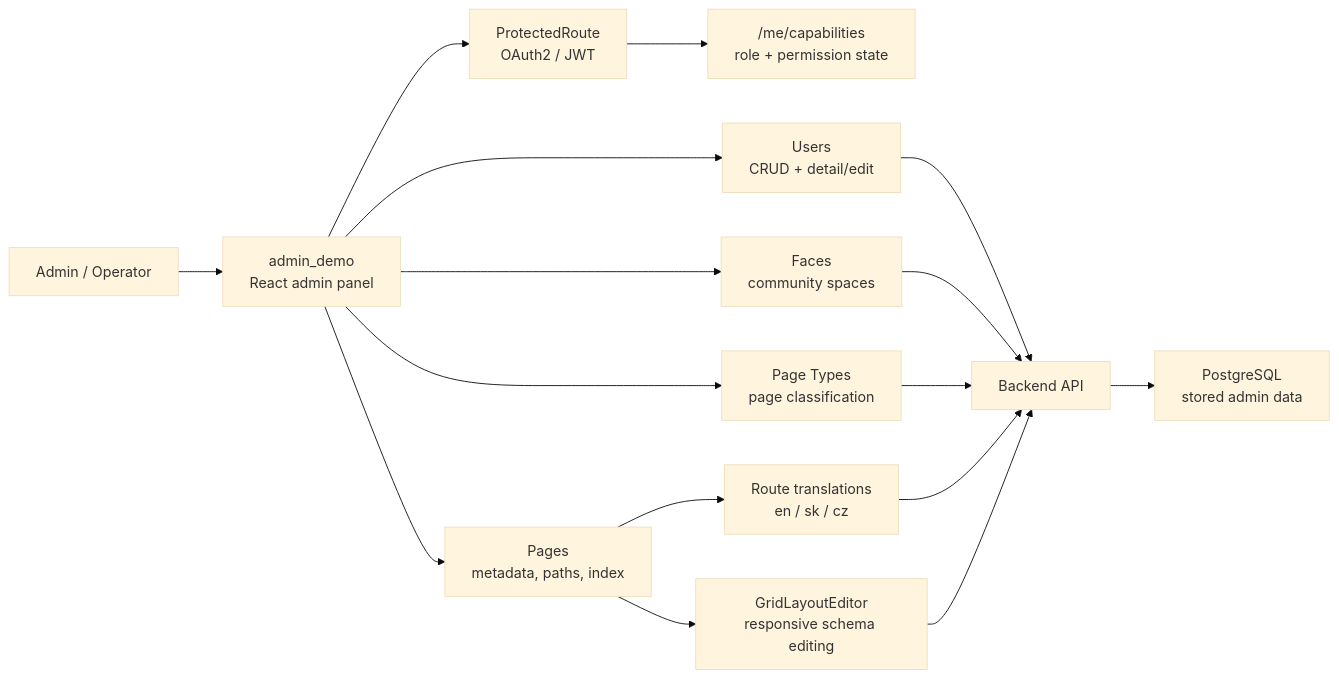
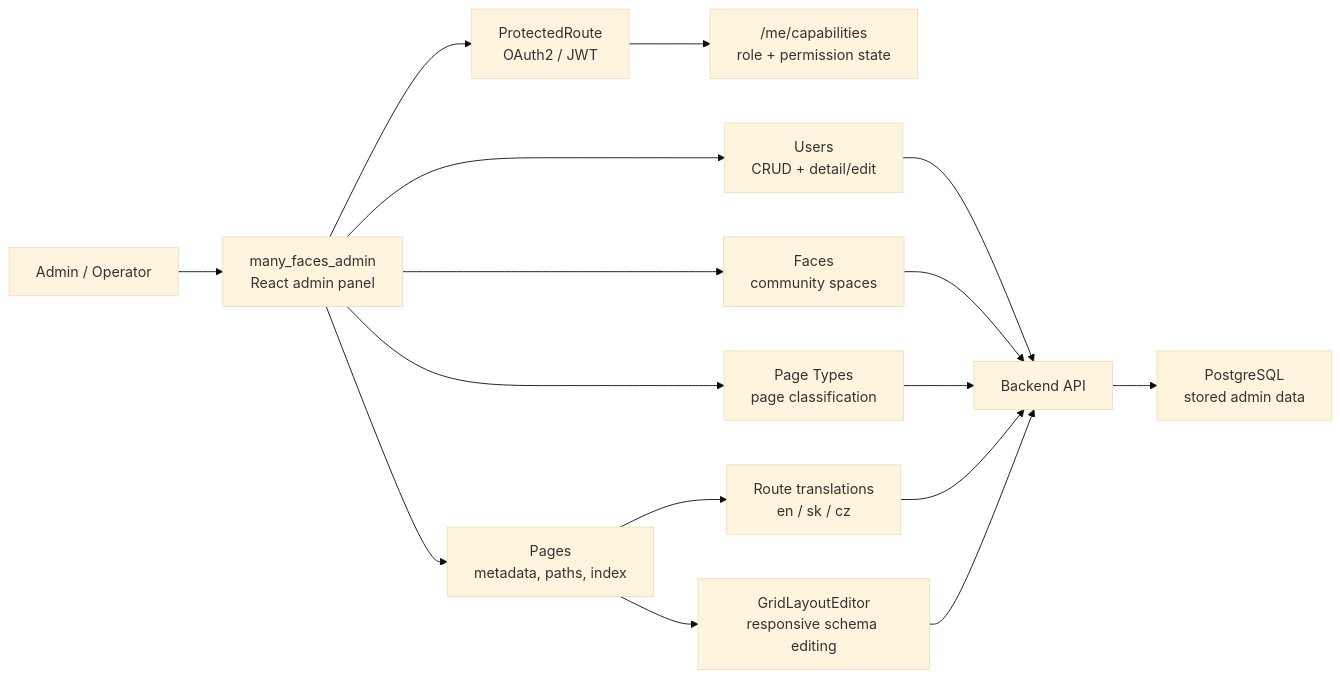
The fourth of 9 diagrams in README.md (01laky/mfai_demo), drawn with Mermaid (base theme) before and after one commit. The commit also changed other lines of this file and 16 other files, not shown here.

Commit message:
chore: many_faces naming, dev network, and docs sweep

````diff
--- a/README.md
+++ b/README.md
@@ -109,21 +109,21 @@
 ```mermaid
 flowchart LR
-    operator["Admin / Operator"] --> admin["admin_demo<br/>React admin panel"]
+    operator["Admin / Operator"] --> admin["many_faces_admin<br/>React admin panel"]
     admin --> auth["ProtectedRoute<br/>OAuth2 / JWT"]
     auth --> caps["/me/capabilities<br/>role + permission state"]
 
     admin --> users["Users<br/>CRUD + detail/edit"]
     admin --> faces["Faces<br/>community spaces"]
     admin --> pageTypes["Page Types<br/>page classification"]
     admin --> pages["Pages<br/>metadata, paths, index"]
 
     pages --> translations["Route translations<br/>en / sk / cz"]
     pages --> grid["GridLayoutEditor<br/>responsive schema editing"]
 
     users --> api["Backend API"]
     faces --> api
     pageTypes --> api
     translations --> api
     grid --> api
     api --> db["PostgreSQL<br/>stored admin data"]
 ```
````
